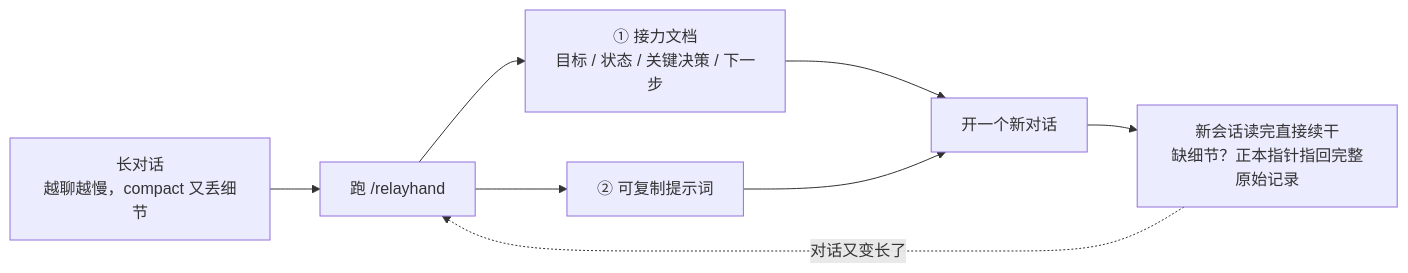
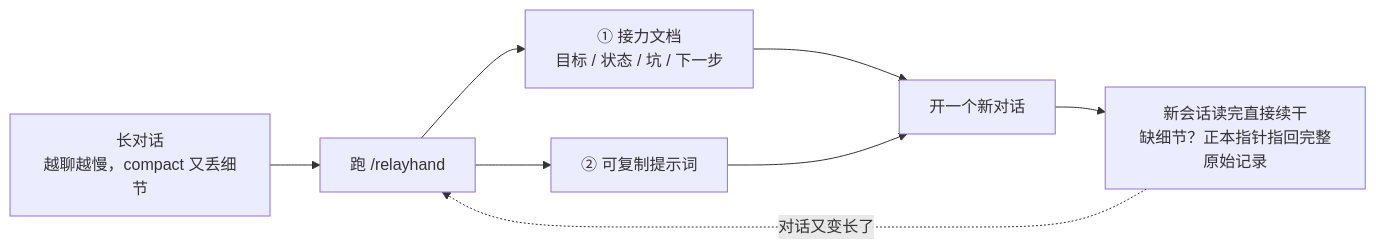
The first of 3 diagrams in README-ZH.md (yanlin-cheng/relayhand), drawn with Mermaid before and after one commit. The commit also changed other lines of this file and 2 other files, not shown here.

First line of the commit message:
README 门面升级：对比表、精工细节节、接力链图、交叉验证证据节

````diff
--- a/README-ZH.md
+++ b/README-ZH.md
@@ -18,10 +28,10 @@
 ```mermaid
 flowchart LR
     A["长对话<br>越聊越慢，compact 又丢细节"] --> B["跑 /relayhand"]
-    B --> C["① 接力文档<br>目标 / 状态 / 关键决策 / 下一步"]
+    B --> C["① 接力文档<br>目标 / 状态 / 坑 / 下一步"]
     B --> D["② 可复制提示词"]
     C --> E["开一个新对话"]
     D --> E
     E --> F["新会话读完直接续干<br>缺细节？正本指针指回完整原始记录"]
     F -. 对话又变长了 .-> B
 ```
````
